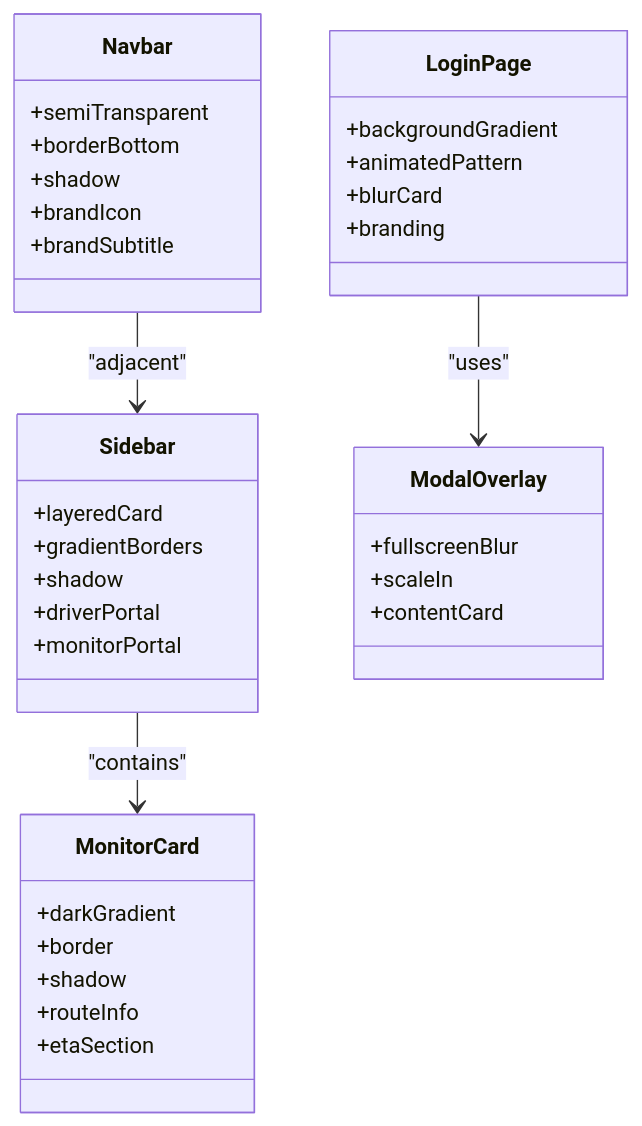
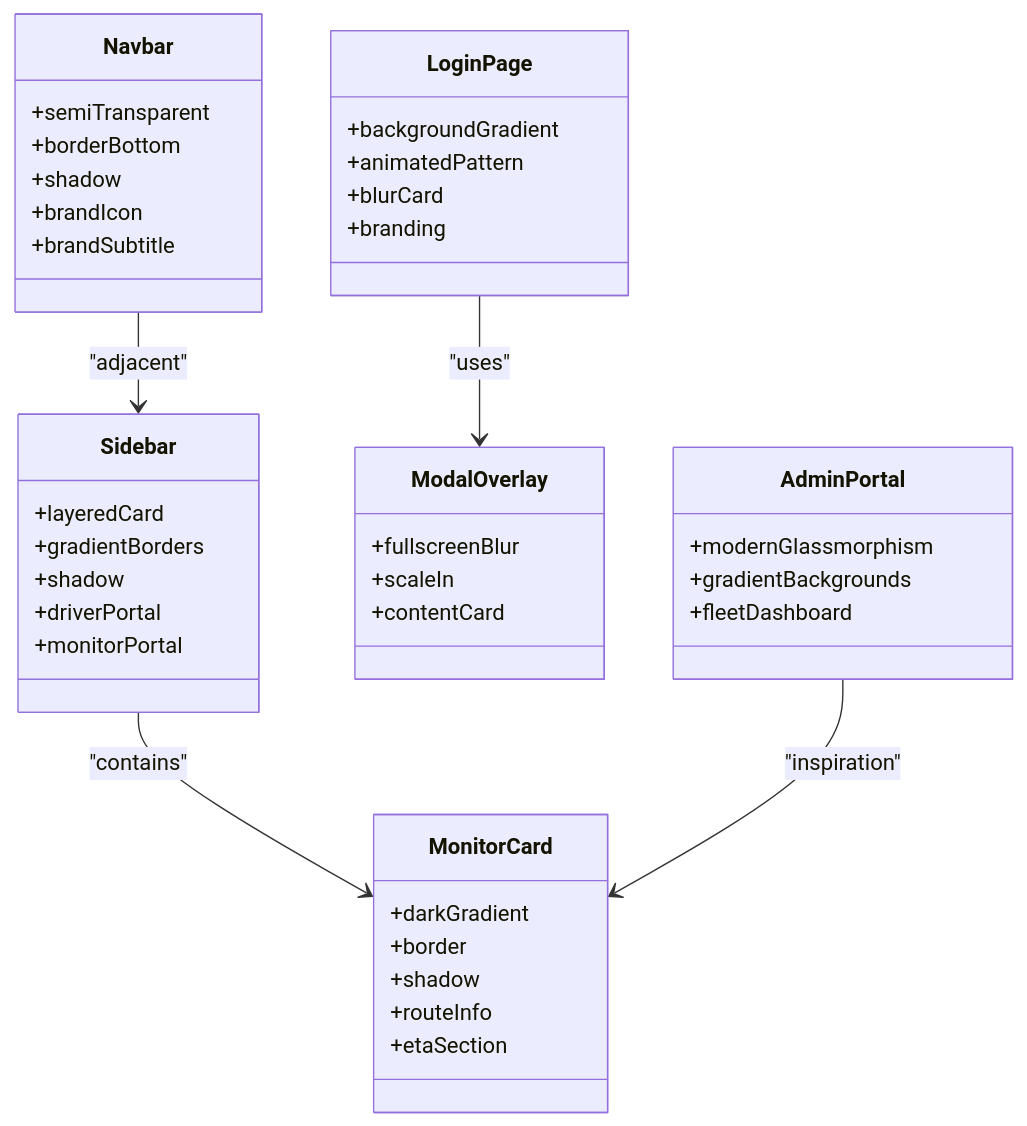
Before and after one commit to Rehanpatel3858/BusTrack-Pro: the third of 7 diagrams in .qoder/repowiki/en/content/User Interface and Design System.md, drawn with Mermaid. The commit also changed other lines of this file and 3 other files, not shown here.

````diff
--- a/.qoder/repowiki/en/content/User Interface and Design System.md
+++ b/.qoder/repowiki/en/content/User Interface and Design System.md
@@ -137,38 +152,44 @@
 ```mermaid
 classDiagram
 class LoginPage {
 +backgroundGradient
 +animatedPattern
 +blurCard
 +branding
 }
 class Navbar {
 +semiTransparent
 +borderBottom
 +shadow
 +brandIcon
 +brandSubtitle
 }
 class Sidebar {
 +layeredCard
 +gradientBorders
 +shadow
 +driverPortal
 +monitorPortal
 }
 class MonitorCard {
 +darkGradient
 +border
 +shadow
 +routeInfo
 +etaSection
 }
 class ModalOverlay {
 +fullscreenBlur
 +scaleIn
 +contentCard
 }
+class AdminPortal {
++modernGlassmorphism
++gradientBackgrounds
++fleetDashboard
+}
 LoginPage --> ModalOverlay : "uses"
 Navbar --> Sidebar : "adjacent"
 Sidebar --> MonitorCard : "contains"
+AdminPortal --> MonitorCard : "inspiration"
 ```
````
